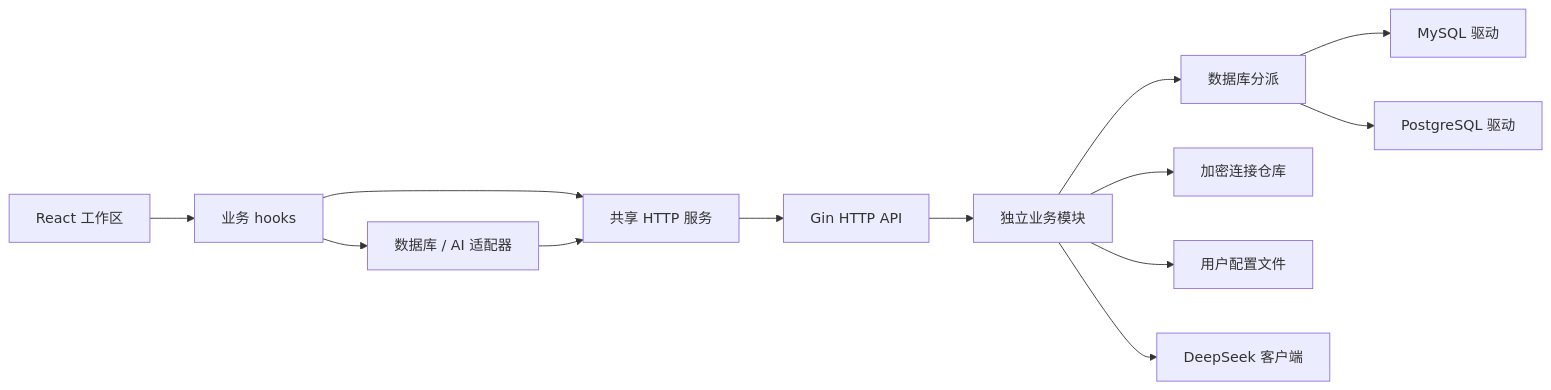
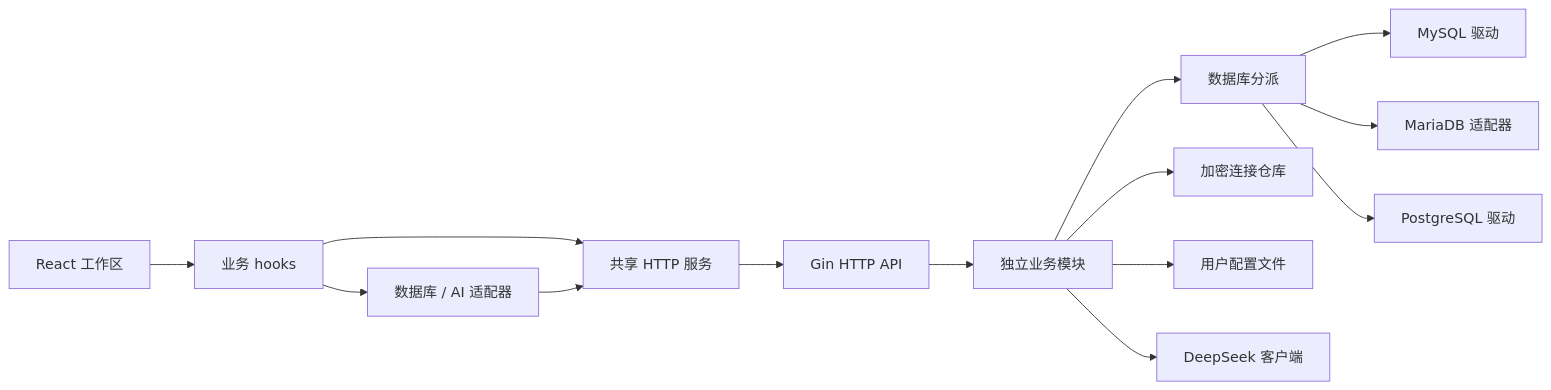
One commit to xiaozhang95/SQL-Studio changed the diagram in docs/ARCHITECTURE.md. Above: the diagram before and after it, drawn with Mermaid. The commit also changed other lines of this file and 46 other files, not shown here.

````diff
--- a/docs/ARCHITECTURE.md
+++ b/docs/ARCHITECTURE.md
@@ -41,15 +44,16 @@
 ```mermaid
 flowchart LR
   UI[React 工作区] --> Hooks[业务 hooks]
   Hooks --> Adapter[数据库 / AI 适配器]
   Hooks --> HTTP[共享 HTTP 服务]
   Adapter --> HTTP
   HTTP --> Gin[Gin HTTP API]
   Gin --> Modules[独立业务模块]
   Modules --> Engines[数据库分派]
   Engines --> MySQL[MySQL 驱动]
+  Engines --> MariaDB[MariaDB 适配器]
   Engines --> PG[PostgreSQL 驱动]
   Modules --> Connections[加密连接仓库]
   Modules --> State[用户配置文件]
   Modules --> DeepSeek[DeepSeek 客户端]
 ```
````
